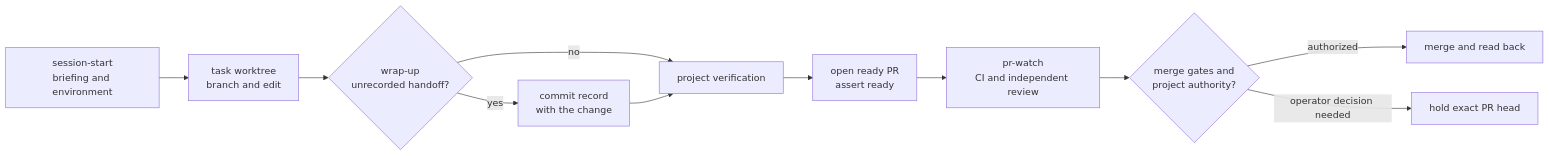
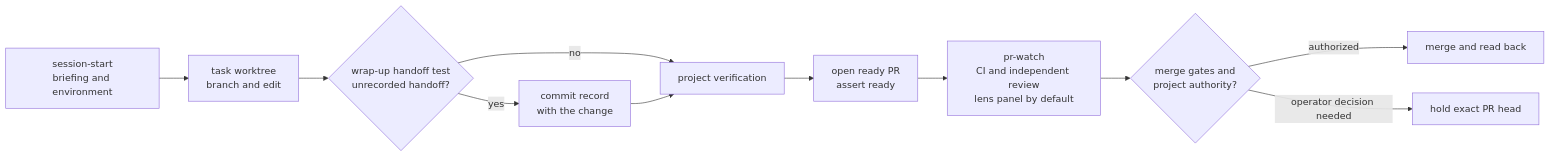
One commit to topij/agentic-dev-kit changed the diagram in docs/developer-guide.md. Above: the diagram before and after it, drawn with Mermaid. The commit also changed other lines of this file and 6 other files, not shown here.

First line of the commit message:
docs: bring reader guides and diagrams up to date with lane, review and cleanup work (#1295)

````diff
--- a/docs/developer-guide.md
+++ b/docs/developer-guide.md
@@ -71,13 +71,13 @@
 ```mermaid
 flowchart LR
     Brief["session-start<br/>briefing and environment"] --> Task["task worktree<br/>branch and edit"]
-    Task --> Wrap{"wrap-up<br/>unrecorded handoff?"}
+    Task --> Wrap{"wrap-up handoff test<br/>unrecorded handoff?"}
     Wrap -->|yes| Record["commit record<br/>with the change"]
     Wrap -->|no| Verify
     Record --> Verify["project verification"]
     Verify --> PR["open ready PR<br/>assert ready"]
-    PR --> Watch["pr-watch<br/>CI and independent review"]
+    PR --> Watch["pr-watch<br/>CI and independent review<br/>lens panel by default"]
     Watch --> Authority{"merge gates and<br/>project authority?"}
     Authority -->|authorized| Merge["merge and read back"]
     Authority -->|operator decision needed| Hold["hold exact PR head"]
 ```
````
